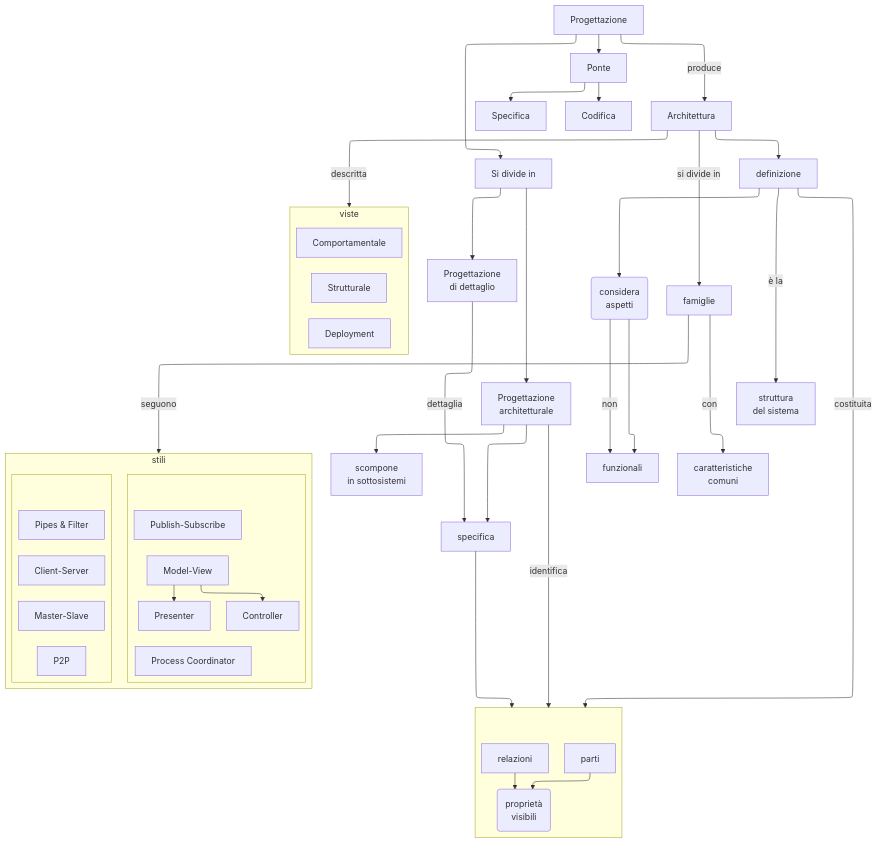
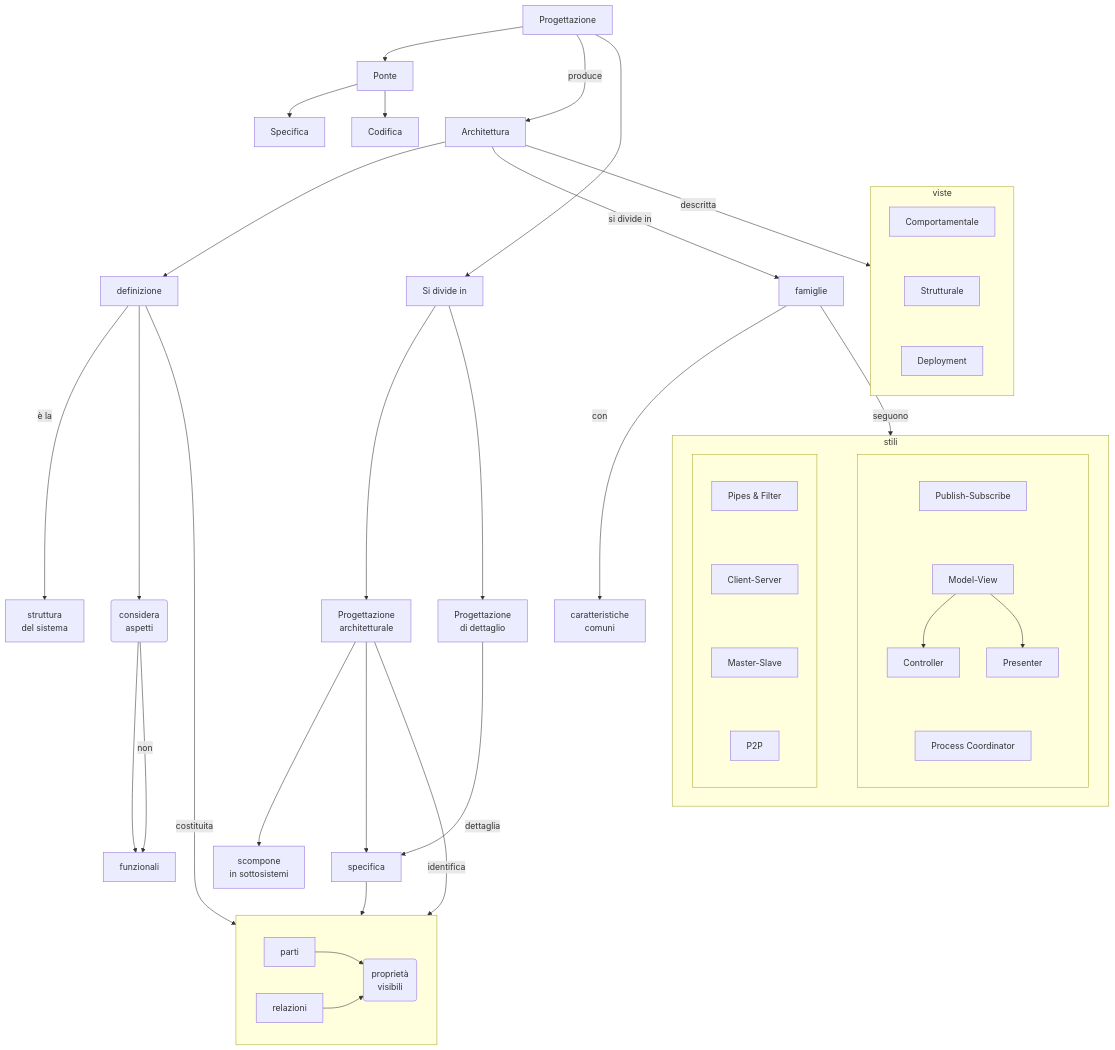
One commit to Firi0n/appunti-unipi changed the first of 13 diagrams in src/content/docs/software_engineering/Progettazione/progettazione.md. Above: the diagram before and after it, drawn with Mermaid. The commit also changed other lines of this file and 12 other files, not shown here.

````diff
--- a/src/content/docs/software_engineering/Progettazione/progettazione.md
+++ b/src/content/docs/software_engineering/Progettazione/progettazione.md
@@ -7,67 +7,66 @@
 ```mermaid
 ---
 config:
-  layout: elk
-  elk: {
-    nodePlacementStrategy: "NETWORK_SIMPLEX"
-  }
+    elk: {
+        forceNodeModelOrder: false,
+    }
 ---
 graph TB
     P[Progettazione] --> Pon[Ponte]
     Pon --> Specifica
     Pon --> Codifica
     Pon ~~~ A ~~~ Div
 
     P -->|produce| A[Architettura]
 
     P --> Div[Si divide in]
     Div --> PA["Progettazione
 architetturale"]
     PA --> PA_Des1["scompone
 in sottosistemi"]
     PA -->|identifica| PRPV
     PA --> specifica --> PRPV
     Div --> PD["Progettazione
 di dettaglio"]
     PD -->|dettaglia| specifica
 
     A --> Def[definizione]
     Def -->|è la|SS["struttura
 del sistema"]
     Def -->|costituita| PRPV
     subgraph PRPV [ ]
         parti & relazioni --> PV("proprietà
 visibili")
     end
     Def --> ca("considera
 aspetti")
     ca --> funzionali
     ca -->|non| funzionali
     A -->|descritta| viste
     subgraph viste
     direction TB
         Comportamentale ~~~
         Strutturale ~~~
         Deployment
     end
     A -->|si divide in| famiglie -->|con| car_com["caratteristiche
 comuni"]
     famiglie -->|seguono| stili
     subgraph stili
     direction LR
     subgraph 1 [ ]
     direction TB
         PP["Pipes & Filter"] ~~~
         Client-Server ~~~
         Master-Slave ~~~
         P2P
     end
     subgraph 2 [ ]
     direction TB
         Publish-Subscribe ~~~
         Model-View-->Controller & Presenter ~~~
         PC["Process Coordinator"]
     end
     1 ~~~ 2
     end
 ```
````
